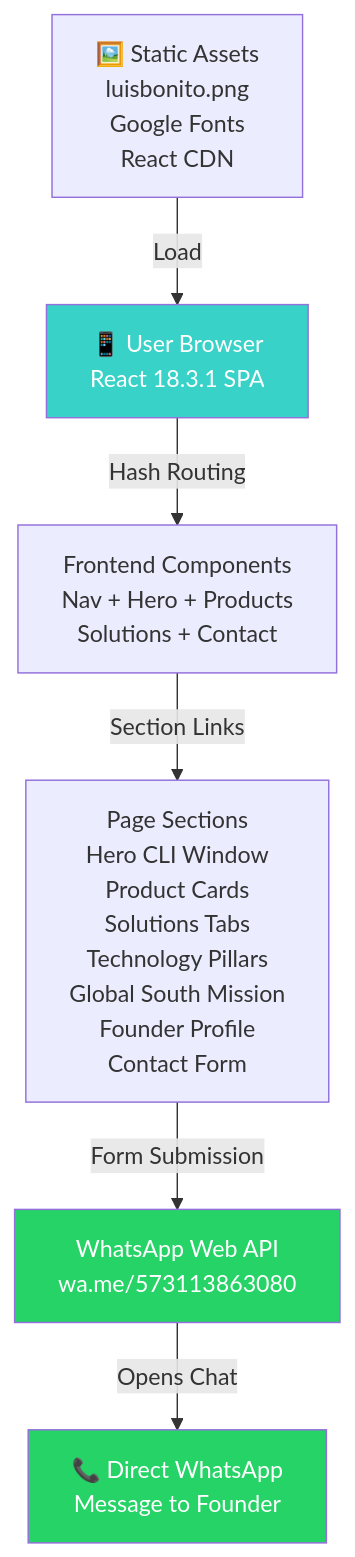
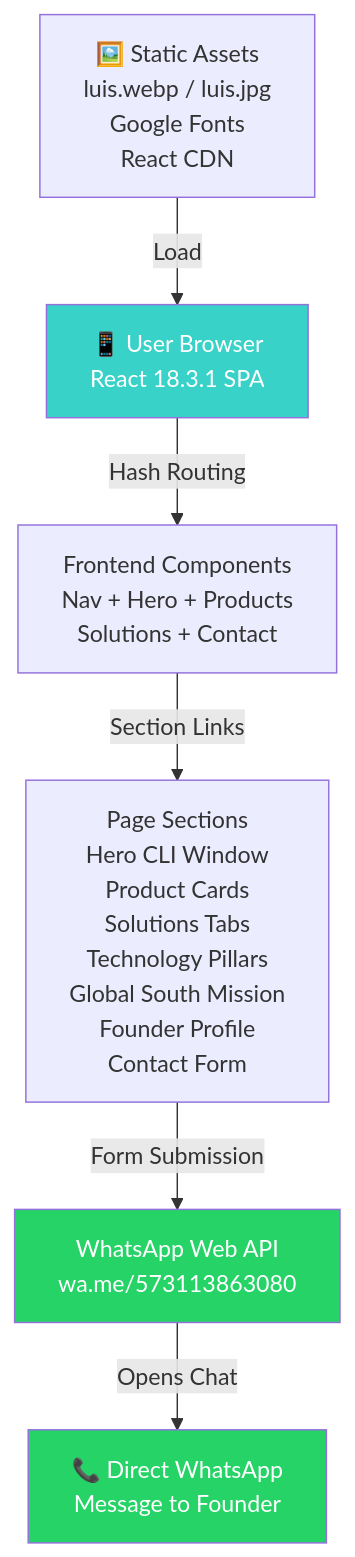
One commit to lfarizav/beanters changed the first of 4 diagrams in README.md. Above: the diagram before and after it, drawn with Mermaid. The commit also changed other lines of this file and 4 other files, not shown here.

````diff
--- a/README.md
+++ b/README.md
@@ -94,16 +99,16 @@
 ```mermaid
 graph TB
     A["📱 User Browser<br/>React 18.3.1 SPA"] -->|Hash Routing| B["Frontend Components<br/>Nav + Hero + Products<br/>Solutions + Contact"]
     
     B -->|Section Links| C["Page Sections<br/>Hero CLI Window<br/>Product Cards<br/>Solutions Tabs<br/>Technology Pillars<br/>Global South Mission<br/>Founder Profile<br/>Contact Form"]
     
     C -->|Form Submission| D["WhatsApp Web API<br/>wa.me/573113863080"]
     
-    E["🖼️ Static Assets<br/>luisbonito.png<br/>Google Fonts<br/>React CDN"] -->|Load| A
+    E["🖼️ Static Assets<br/>luis.webp / luis.jpg<br/>Google Fonts<br/>React CDN"] -->|Load| A
     
     D -->|Opens Chat| F["📞 Direct WhatsApp<br/>Message to Founder"]
     
     style A fill:#38d2c8,color:#fff
     style D fill:#25d366,color:#fff
     style F fill:#25d366,color:#fff
 ```
````
